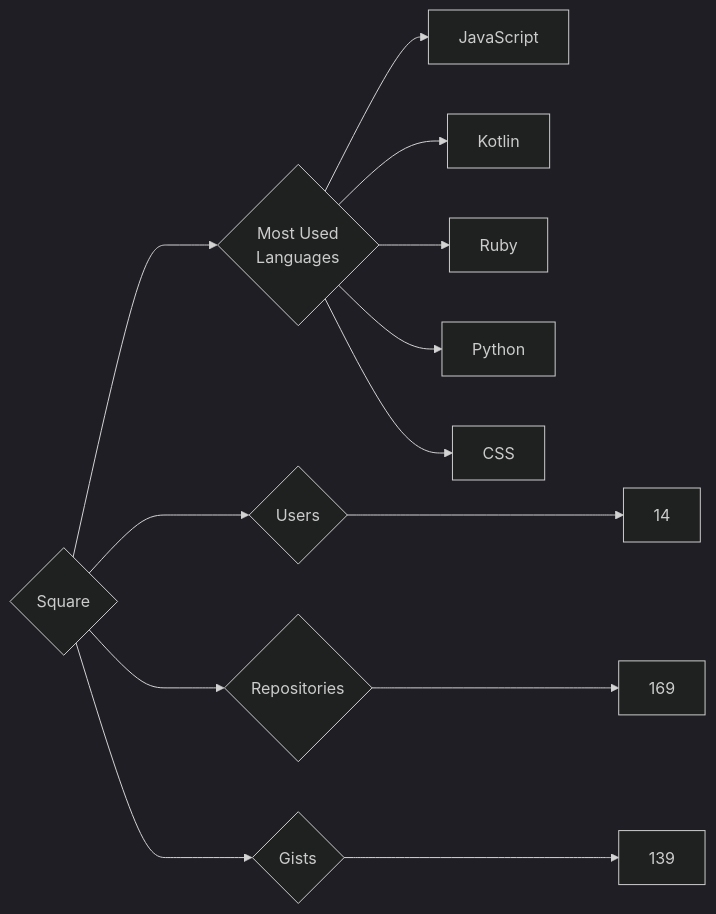
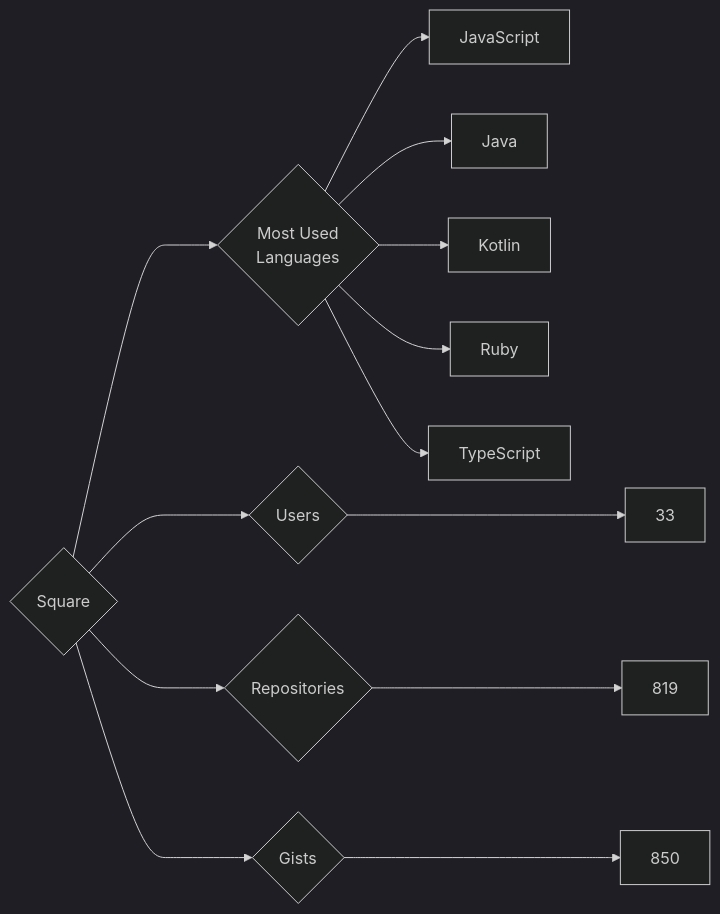
Before and after one commit to trickest/insiders: the diagram in targets/Square/README.md, drawn with Mermaid (dark theme). The commit also changed 877 other files, not shown here.

````diff
--- a/targets/Square/README.md
+++ b/targets/Square/README.md
@@ -3,13 +3,13 @@
 ```mermaid
 graph LR
 COMPANY_NAME{Square}
-COMPANY_NAME ---> U{Users} ---> UN[14]
-COMPANY_NAME ---> R{Repositories} ---> RN[169]
-COMPANY_NAME ---> G{Gists} ---> GN[139]
+COMPANY_NAME ---> U{Users} ---> UN[33]
+COMPANY_NAME ---> R{Repositories} ---> RN[819]
+COMPANY_NAME ---> G{Gists} ---> GN[850]
 COMPANY_NAME ---> ML{Most Used<br>Languages}
 ML --> JavaScript[JavaScript]
+ML --> Java[Java]
 ML --> Kotlin[Kotlin]
 ML --> Ruby[Ruby]
-ML --> Python[Python]
-ML --> CSS[CSS]
+ML --> TypeScript[TypeScript]
 ```
````
